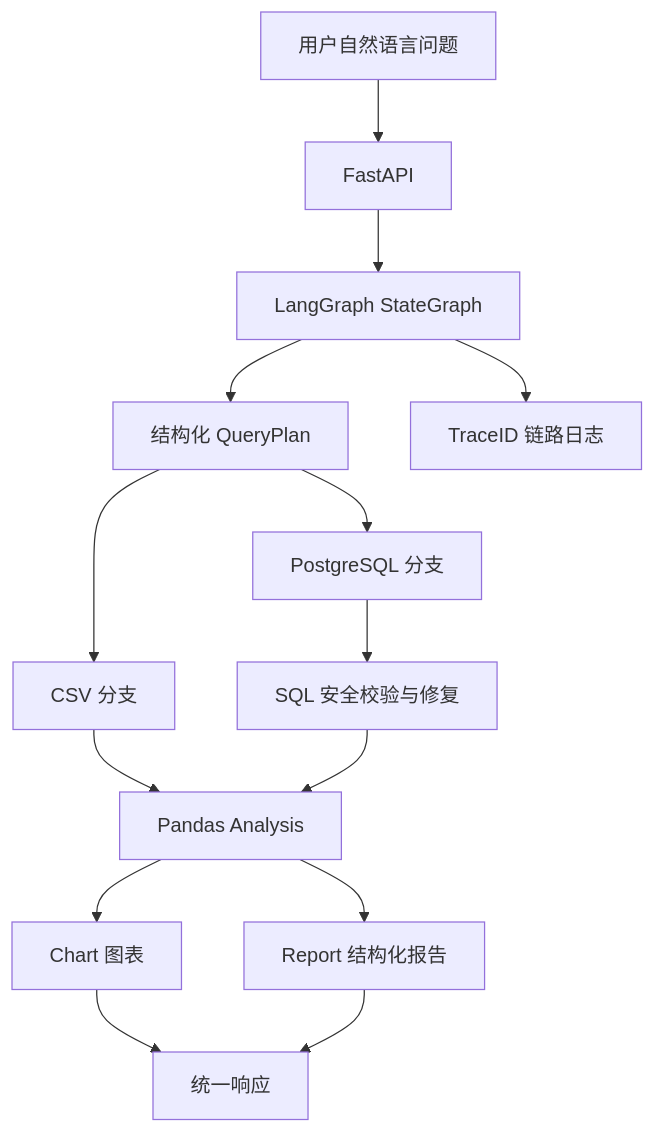
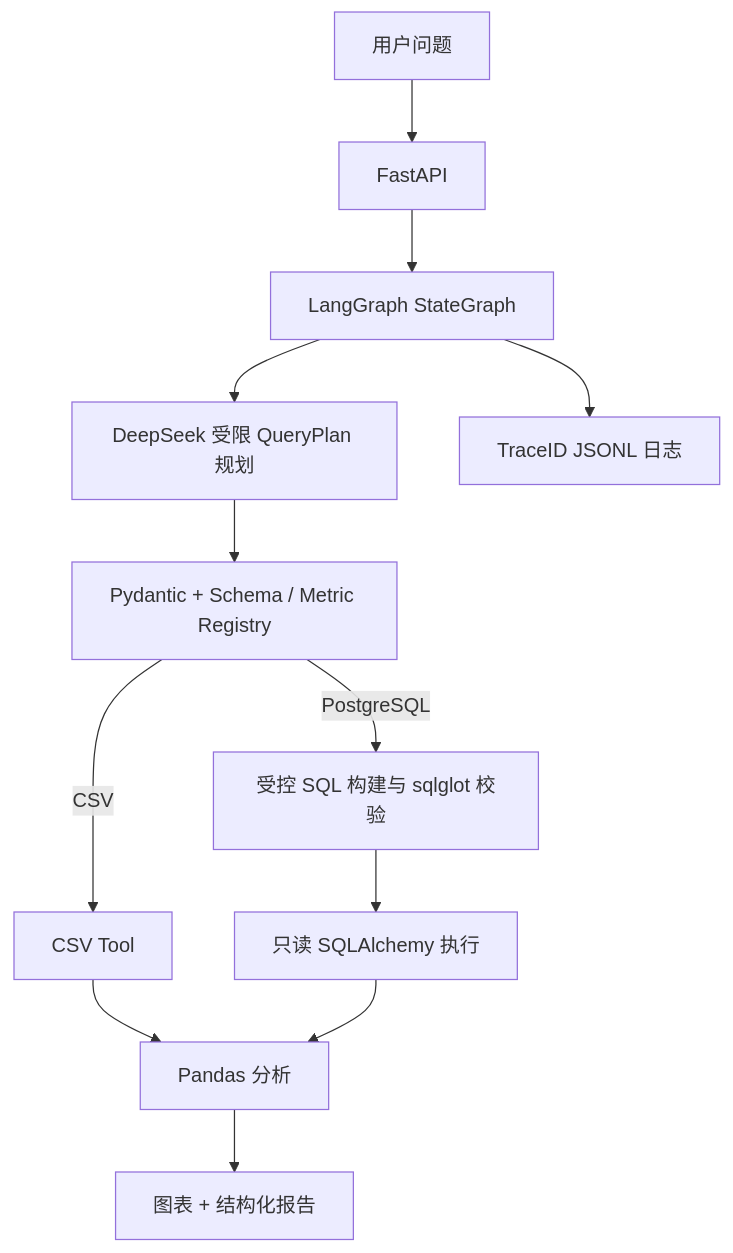
The first of 2 diagrams in README.md (xueren12/enterprise-data-agent), drawn with Mermaid before and after one commit. The commit also changed other lines of this file and 44 other files, not shown here.

````diff
--- a/README.md
+++ b/README.md
@@ -65,16 +31,14 @@
 ```mermaid
 flowchart TD
-    U[用户自然语言问题] --> API[FastAPI]
-    API --> G[LangGraph StateGraph]
-    G --> Q[结构化 QueryPlan]
-    Q --> CSV[CSV 分支]
-    Q --> PG[PostgreSQL 分支]
-    CSV --> P[Pandas Analysis]
-    PG --> S[SQL 安全校验与修复]
-    S --> P
-    P --> C[Chart 图表]
-    P --> R[Report 结构化报告]
-    C --> O[统一响应]
-    R --> O
-    G --> T[TraceID 链路日志]
+    U["用户问题"] --> API["FastAPI"]
+    API --> G["LangGraph StateGraph"]
+    G --> L["DeepSeek 受限 QueryPlan 规划"]
+    L --> R["Pydantic + Schema / Metric Registry"]
+    R -->|"CSV"| C["CSV Tool"]
+    R -->|"PostgreSQL"| S["受控 SQL 构建与 sqlglot 校验"]
+    S --> D["只读 SQLAlchemy 执行"]
+    C --> P["Pandas 分析"]
+    D --> P
+    P --> O["图表 + 结构化报告"]
+    G --> T["TraceID JSONL 日志"]
 ```
````
